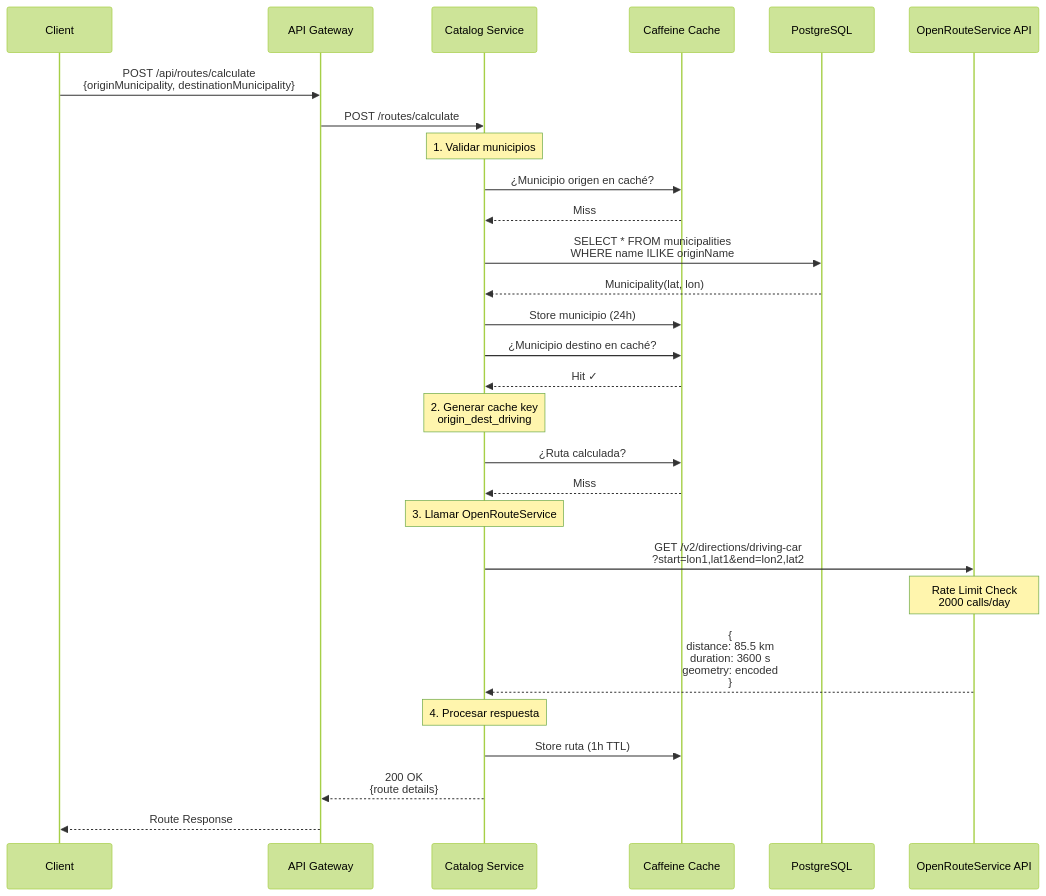
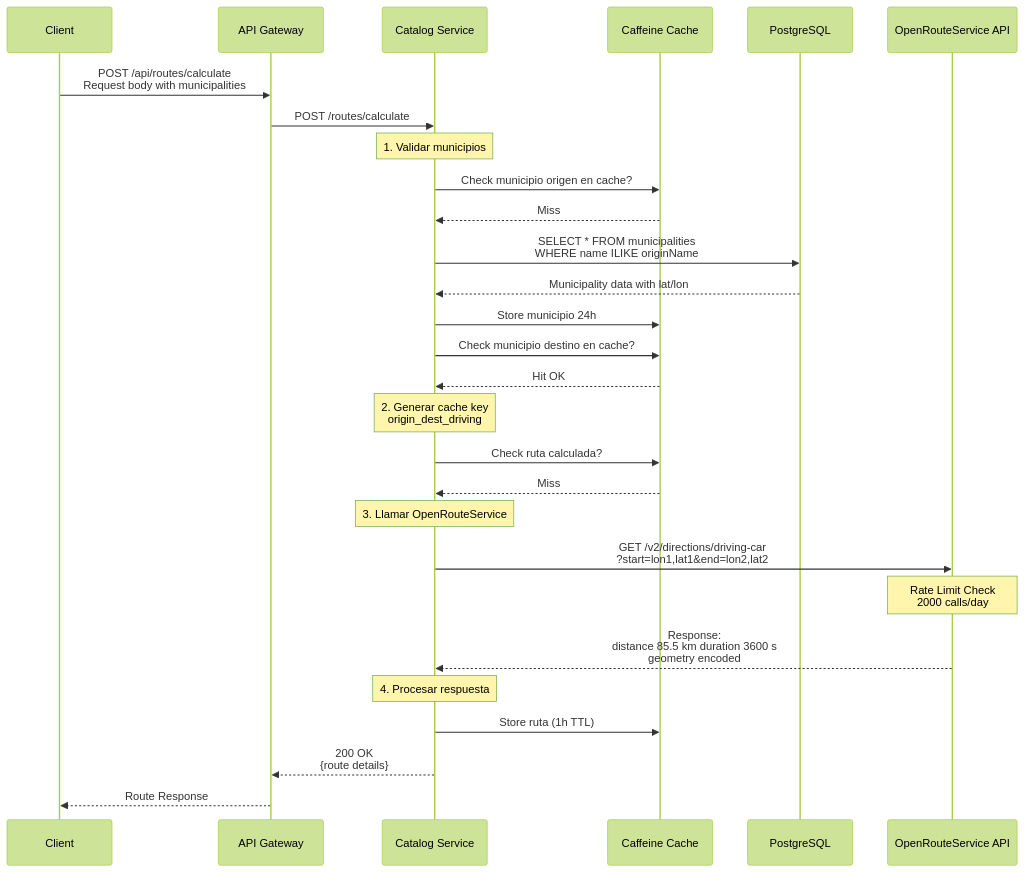
The first of 8 diagrams in catalog-service/ARCHITECTURE.md (BusConnectTeam/busConnect-backend), drawn with Mermaid (forest theme) before and after one commit. The commit also changed other lines of this file, not shown here.

Commit message:
add more diagrams

````diff
--- a/catalog-service/ARCHITECTURE.md
+++ b/catalog-service/ARCHITECTURE.md
@@ -7,43 +7,43 @@
 ```mermaid
 sequenceDiagram
     participant Client
     participant Gateway as API Gateway
     participant Catalog as Catalog Service
     participant Cache as Caffeine Cache
     participant DB as PostgreSQL
     participant ORS as OpenRouteService API
     
-    Client->>Gateway: POST /api/routes/calculate<br/>{originMunicipality, destinationMunicipality}
+    Client->>Gateway: POST /api/routes/calculate<br/>Request body with municipalities
     Gateway->>Catalog: POST /routes/calculate
     
     Note over Catalog: 1. Validar municipios
     
-    Catalog->>Cache: ¿Municipio origen en caché?
+    Catalog->>Cache: Check municipio origen en cache?
     Cache-->>Catalog: Miss
     Catalog->>DB: SELECT * FROM municipalities<br/>WHERE name ILIKE originName
-    DB-->>Catalog: Municipality(lat, lon)
-    Catalog->>Cache: Store municipio (24h)
+    DB-->>Catalog: Municipality data with lat/lon
+    Catalog->>Cache: Store municipio 24h
     
-    Catalog->>Cache: ¿Municipio destino en caché?
-    Cache-->>Catalog: Hit ✓
+    Catalog->>Cache: Check municipio destino en cache?
+    Cache-->>Catalog: Hit OK
     
     Note over Catalog: 2. Generar cache key<br/>origin_dest_driving
     
-    Catalog->>Cache: ¿Ruta calculada?
+    Catalog->>Cache: Check ruta calculada?
     Cache-->>Catalog: Miss
     
     Note over Catalog: 3. Llamar OpenRouteService
     
     Catalog->>ORS: GET /v2/directions/driving-car<br/>?start=lon1,lat1&end=lon2,lat2
     
     Note over ORS: Rate Limit Check<br/>2000 calls/day
     
-    ORS-->>Catalog: {<br/>  distance: 85.5 km<br/>  duration: 3600 s<br/>  geometry: encoded<br/>}
+    ORS-->>Catalog: Response:<br/>distance 85.5 km duration 3600 s<br/>geometry encoded
     
     Note over Catalog: 4. Procesar respuesta
     
     Catalog->>Cache: Store ruta (1h TTL)
     
     Catalog-->>Gateway: 200 OK<br/>{route details}
     Gateway-->>Client: Route Response
 ```
````
